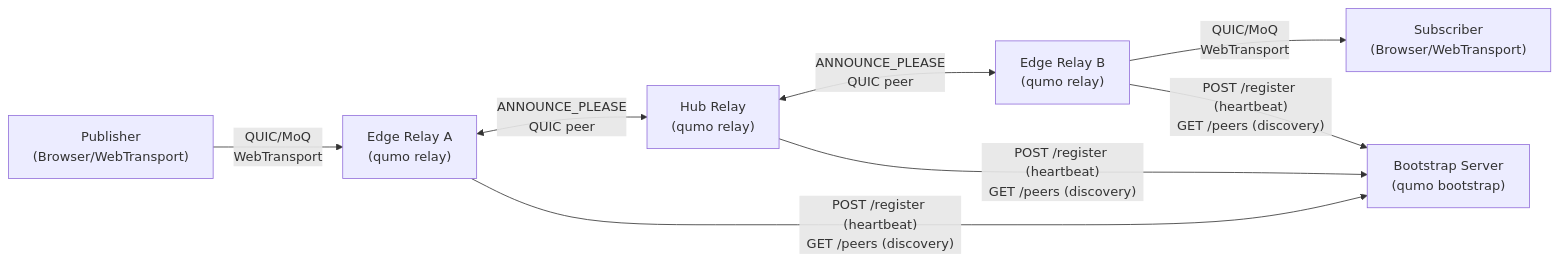
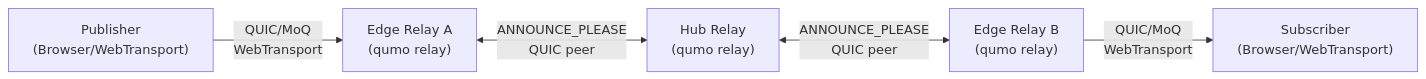
The first of 2 diagrams in README.md (okdaichi/qumo), drawn with Mermaid before and after one commit. The commit also changed other lines of this file and 23 other files, not shown here.

````diff
--- a/README.md
+++ b/README.md
@@ -69,18 +68,13 @@
 ```mermaid
 graph LR
     Publisher["Publisher<br/>(Browser/WebTransport)"]
-    Bootstrap["Bootstrap Server<br/>(qumo bootstrap)"]
     Hub["Hub Relay<br/>(qumo relay)"]
     EdgeA["Edge Relay A<br/>(qumo relay)"]
     EdgeB["Edge Relay B<br/>(qumo relay)"]
     Subscriber["Subscriber<br/>(Browser/WebTransport)"]
 
     Publisher -->|"QUIC/MoQ<br/>WebTransport"| EdgeA
     EdgeA <-->|"ANNOUNCE_PLEASE<br/>QUIC peer"| Hub
     Hub <-->|"ANNOUNCE_PLEASE<br/>QUIC peer"| EdgeB
     EdgeB -->|"QUIC/MoQ<br/>WebTransport"| Subscriber
-
-    EdgeA -->|"POST /register (heartbeat)<br/>GET /peers (discovery)"| Bootstrap
-    Hub -->|"POST /register (heartbeat)<br/>GET /peers (discovery)"| Bootstrap
-    EdgeB -->|"POST /register (heartbeat)<br/>GET /peers (discovery)"| Bootstrap
 ```
````
